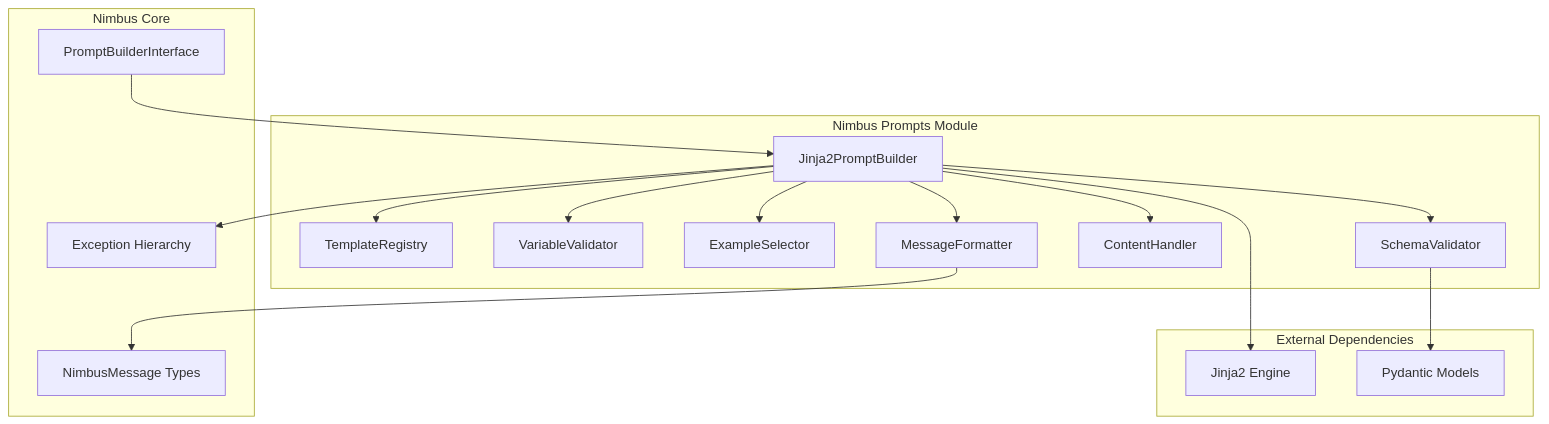
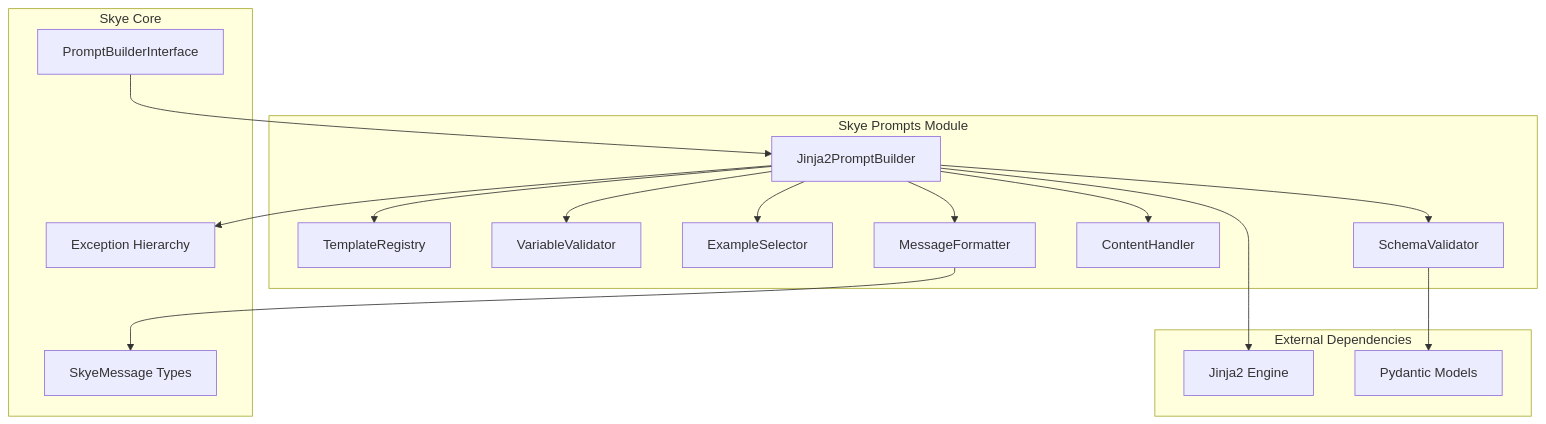
Before and after one commit to caiogafo/skye: the diagram in .kiro/specs/prompts-support/design.md, drawn with Mermaid. The commit also changed other lines of this file and 427 other files, not shown here.

First line of the commit message:
chore(migration): rename package nimbus to skye and restructure specs, steering, docs

````diff
--- a/.kiro/specs/prompts-support/design.md
+++ b/.kiro/specs/prompts-support/design.md
@@ -13,35 +13,35 @@
 ```mermaid
 graph TB
-    subgraph "Nimbus Core"
+    subgraph "Skye Core"
         PI[PromptBuilderInterface]
-        NM[NimbusMessage Types]
+        NM[SkyeMessage Types]
         EH[Exception Hierarchy]
     end
     
-    subgraph "Nimbus Prompts Module"
+    subgraph "Skye Prompts Module"
         JPB[Jinja2PromptBuilder]
         TR[TemplateRegistry]
         VV[VariableValidator]
         ES[ExampleSelector]
         MF[MessageFormatter]
         CH[ContentHandler]
         SV[SchemaValidator]
     end
     
     subgraph "External Dependencies"
         J2[Jinja2 Engine]
         PY[Pydantic Models]
     end
     
     PI --> JPB
     JPB --> TR
     JPB --> VV
     JPB --> ES
     JPB --> MF
     JPB --> CH
     JPB --> SV
     JPB --> J2
     SV --> PY
     MF --> NM
     JPB --> EH
 ```
````
